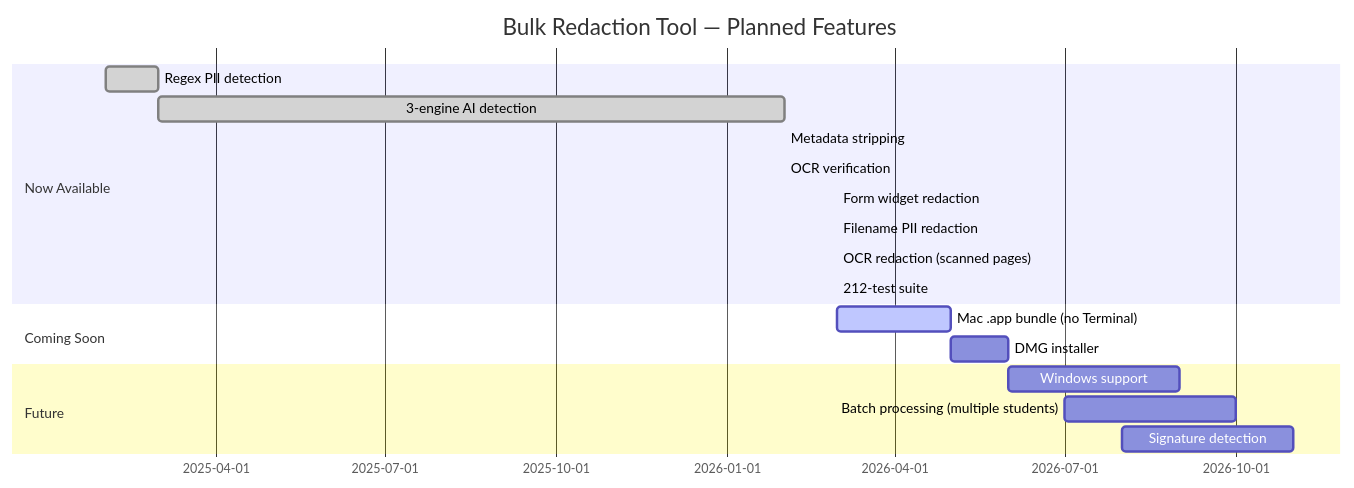
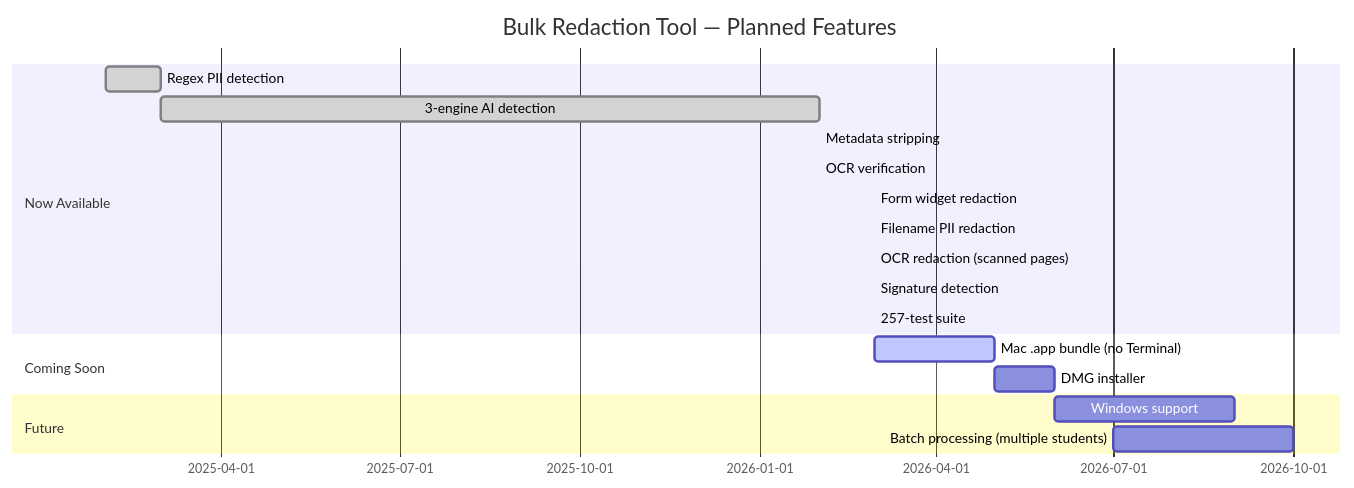
Before and after one commit to mrdavearms/student-doc-redactor: the third of 3 diagrams in README.md, drawn with Mermaid. The commit also changed other lines of this file and 4 other files, not shown here.

First line of the commit message:
feat: add signature detection + fix possessive+punctuation matching

````diff
--- a/README.md
+++ b/README.md
@@ -530,21 +546,21 @@
 ```mermaid
 gantt
     title Bulk Redaction Tool — Planned Features
     dateFormat  YYYY-MM
     section Now Available
     Regex PII detection           :done, 2025-02, 2025-03
     3-engine AI detection         :done, 2025-03, 2026-02
     Metadata stripping            :done, 2026-02, 2026-02
     OCR verification              :done, 2026-02, 2026-02
     Form widget redaction         :done, 2026-03, 2026-03
     Filename PII redaction        :done, 2026-03, 2026-03
     OCR redaction (scanned pages) :done, 2026-03, 2026-03
-    212-test suite                :done, 2026-03, 2026-03
+    Signature detection           :done, 2026-03, 2026-03
+    257-test suite                :done, 2026-03, 2026-03
     section Coming Soon
     Mac .app bundle (no Terminal) :active, 2026-03, 2026-05
     DMG installer                 :2026-05, 2026-06
     section Future
     Windows support               :2026-06, 2026-09
     Batch processing (multiple students) :2026-07, 2026-10
-    Signature detection           :2026-08, 2026-11
 ```
````
